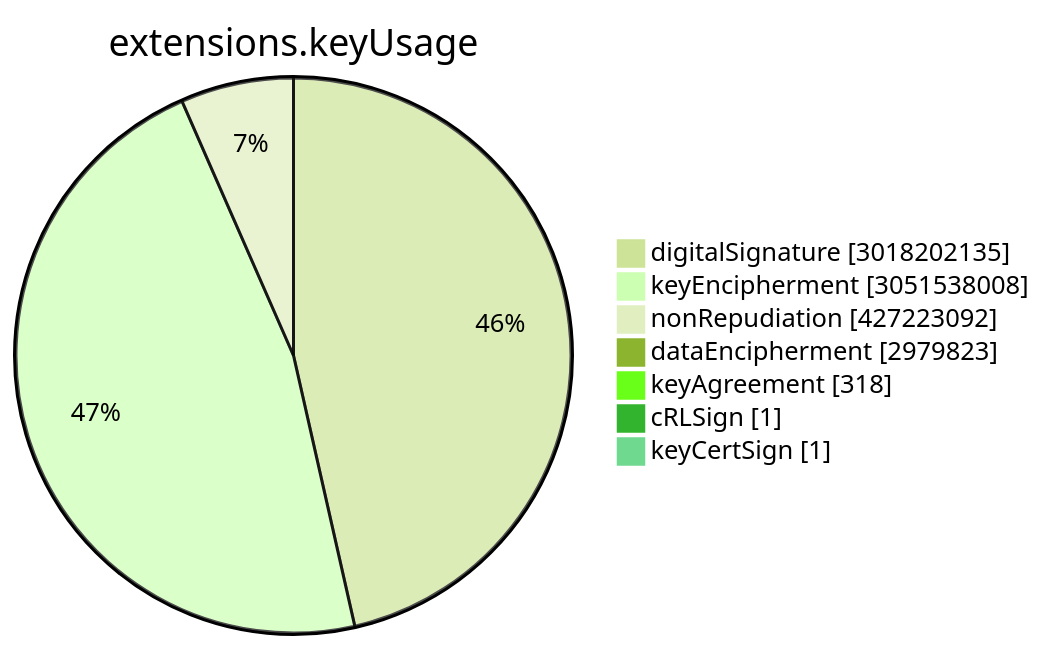
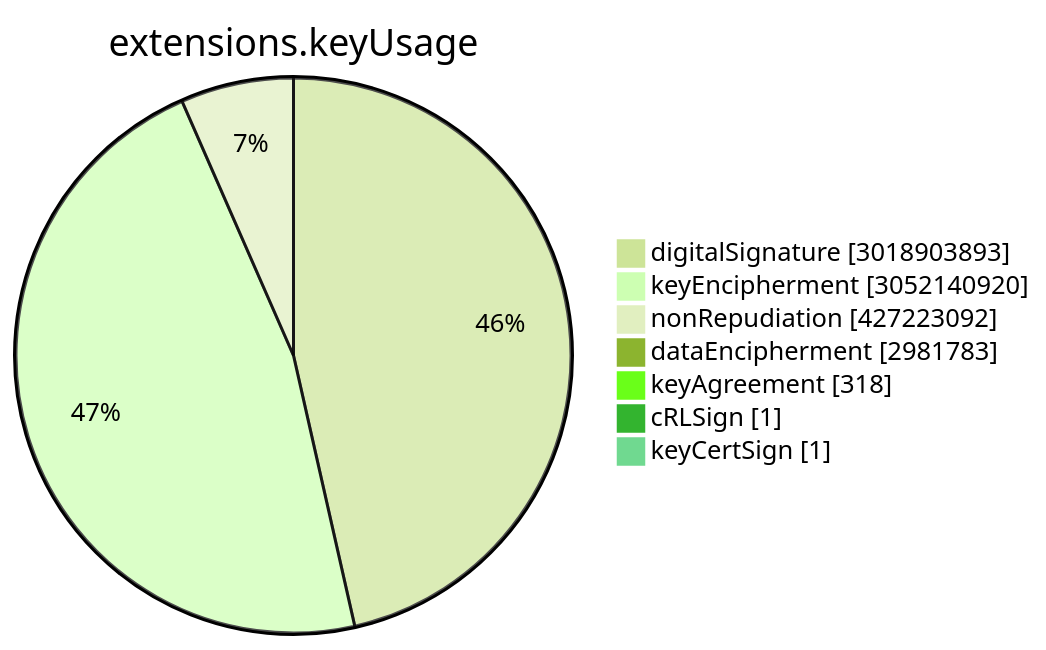
Before and after one commit to christiankrug/ctmonitor_visualization: the sixth of 15 diagrams in TOTAL/README.md, drawn with Mermaid (forest theme). The commit also changed other lines of this file, not shown here.

````diff
--- a/TOTAL/README.md
+++ b/TOTAL/README.md
@@ -3075,11 +3075,11 @@
 ```mermaid
 pie showData
 title extensions.keyUsage
-"digitalSignature" :3018202135
-"keyEncipherment" :3051538008
+"digitalSignature" :3018903893
+"keyEncipherment" :3052140920
 "nonRepudiation" :427223092
-"dataEncipherment" :2979823
+"dataEncipherment" :2981783
 "keyAgreement" :318
 "cRLSign" :1
 "keyCertSign" :1
 ```
````
